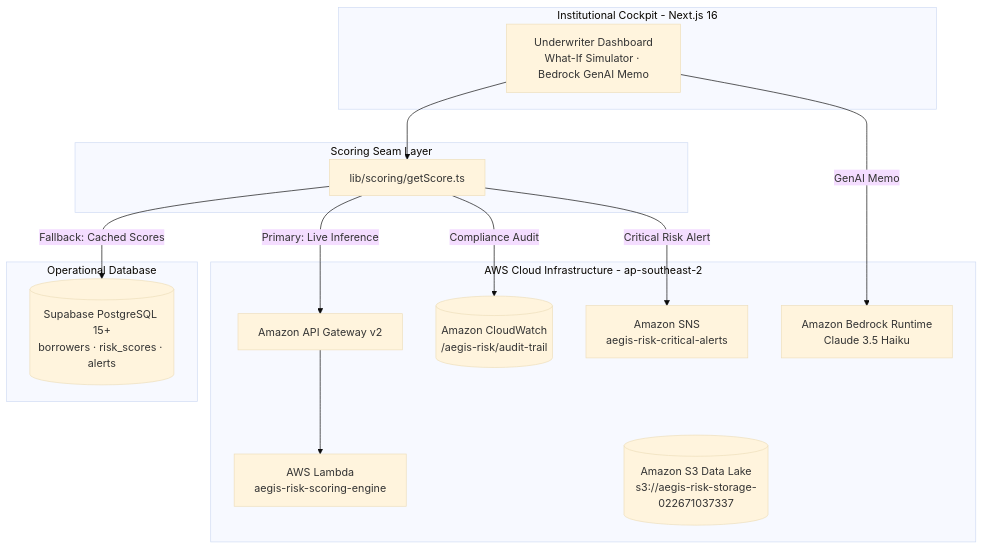
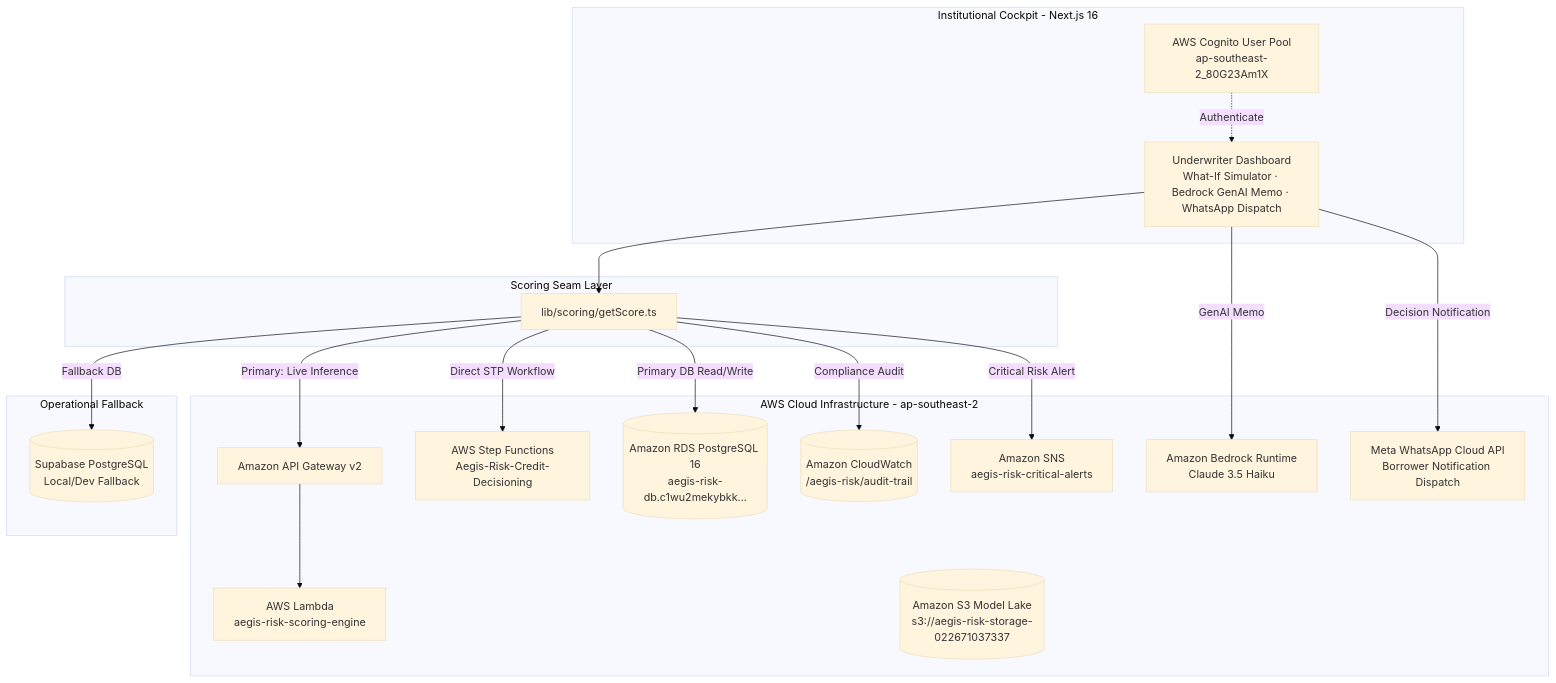
Before and after one commit to gufran-09/Loan-Default-Prediction-System: the diagram in README.md, drawn with Mermaid (base theme). The commit also changed other lines of this file and 7 other files, not shown here.

Commit message:
docs: update all project documentation artifacts with Amazon RDS, Cognito, Step Functions, Bedrock, and WhatsApp integrations

````diff
--- a/README.md
+++ b/README.md
@@ -22,30 +26,38 @@
 ```mermaid
 flowchart TB
     subgraph Client [Institutional Cockpit - Next.js 16]
-        UI[Underwriter Dashboard<br/>What-If Simulator · Bedrock GenAI Memo]
+        UI[Underwriter Dashboard<br/>What-If Simulator · Bedrock GenAI Memo · WhatsApp Dispatch]
+        AUTH[AWS Cognito User Pool<br/>ap-southeast-2_80G23Am1X]
     end
 
     subgraph ScoringSeam [Scoring Seam Layer]
         SEAM[lib/scoring/getScore.ts]
     end
 
     subgraph AWS [AWS Cloud Infrastructure - ap-southeast-2]
         APIGW[Amazon API Gateway v2]
         LAMBDA[AWS Lambda<br/>aegis-risk-scoring-engine]
-        S3[(Amazon S3 Data Lake<br/>s3://aegis-risk-storage-022671037337)]
+        STEPFN[AWS Step Functions<br/>Aegis-Risk-Credit-Decisioning]
+        RDS[(Amazon RDS PostgreSQL 16<br/>aegis-risk-db.c1wu2mekybkk...)]
+        S3[(Amazon S3 Model Lake<br/>s3://aegis-risk-storage-022671037337)]
         CW[(Amazon CloudWatch<br/>/aegis-risk/audit-trail)]
         SNS[Amazon SNS<br/>aegis-risk-critical-alerts]
         BEDROCK[Amazon Bedrock Runtime<br/>Claude 3.5 Haiku]
+        WHATSAPP[Meta WhatsApp Cloud API<br/>Borrower Notification Dispatch]
     end
 
-    subgraph Supabase [Operational Database]
-        DB[(Supabase PostgreSQL 15+<br/>borrowers · risk_scores · alerts)]
+    subgraph Fallback [Operational Fallback]
+        DB[(Supabase PostgreSQL<br/>Local/Dev Fallback)]
     end
 
+    AUTH -.->|Authenticate| UI
     UI --> SEAM
     SEAM -->|Primary: Live Inference| APIGW --> LAMBDA
-    SEAM -->|Fallback: Cached Scores| DB
+    SEAM -->|Direct STP Workflow| STEPFN
+    SEAM -->|Primary DB Read/Write| RDS
+    SEAM -->|Fallback DB| DB
     SEAM -->|Compliance Audit| CW
     SEAM -->|Critical Risk Alert| SNS
     UI -->|GenAI Memo| BEDROCK
+    UI -->|Decision Notification| WHATSAPP
 ```
````
